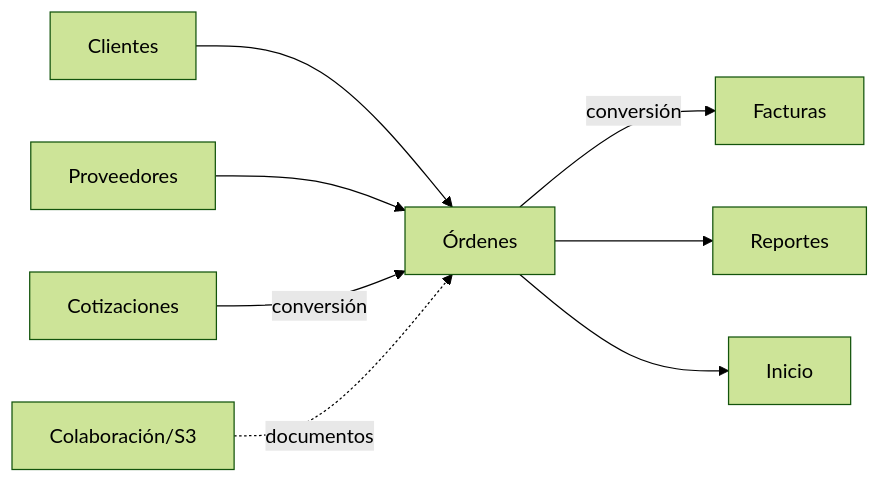
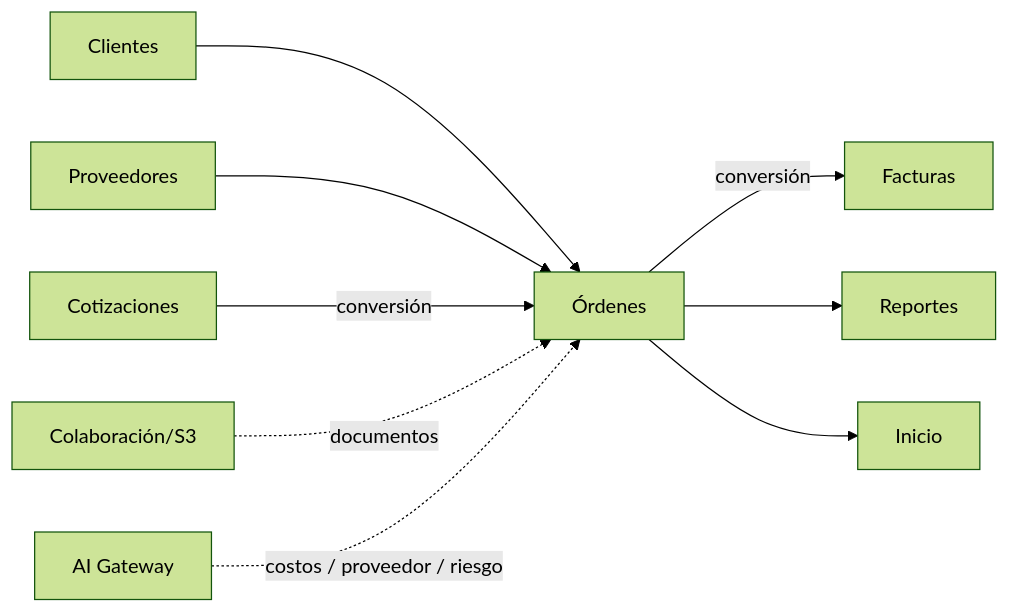
One commit to Ahcast/Bastion changed the diagram in bluehost/backend/app/Modules/PurchaseOrders/LINEAMIENTOS.md. Above: the diagram before and after it, drawn with Mermaid (forest theme). The commit also changed other lines of this file, not shown here.

````diff
--- a/bluehost/backend/app/Modules/PurchaseOrders/LINEAMIENTOS.md
+++ b/bluehost/backend/app/Modules/PurchaseOrders/LINEAMIENTOS.md
@@ -231,10 +231,11 @@
 ```mermaid
 flowchart LR
     C[Clientes] --> O[Órdenes]
     S[Proveedores] --> O
     Q[Cotizaciones] -->|conversión| O
     O -->|conversión| F[Facturas]
     O --> R[Reportes]
     O --> I[Inicio]
     COL[Colaboración/S3] -. documentos .-> O
+    AI[AI Gateway] -. costos / proveedor / riesgo .-> O
 ```
````
